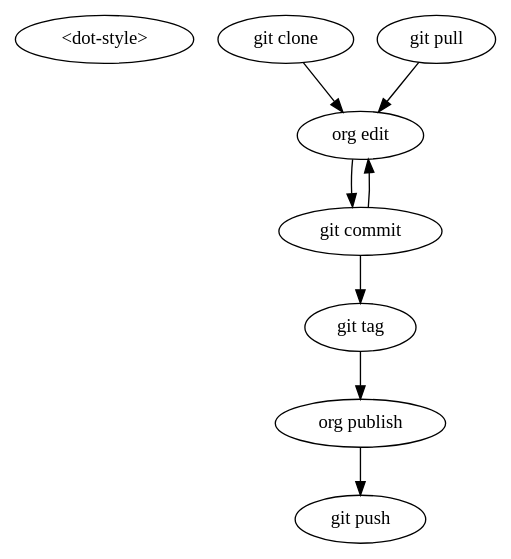
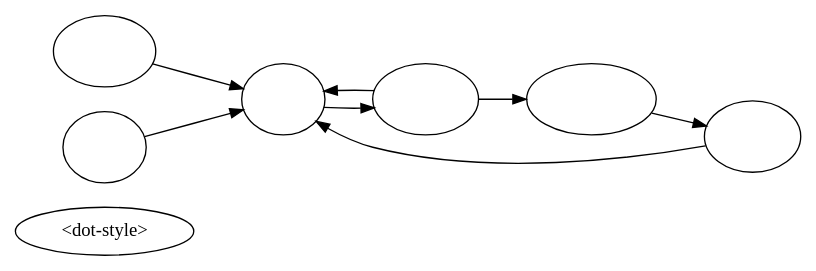
One commit to deerpig/runbooks changed the first of 2 diagrams in hb-doc-production.org. Above: the diagram before and after it, drawn with Graphviz. The commit also changed other lines of this file and 5 other files, not shown here.

```diff
--- a/hb-doc-production.org
+++ b/hb-doc-production.org
@@ -96,20 +94,22 @@
-#+BEGIN_SRC dot :noweb yes :file ./img/org-git-workflow.png :exports results
-digraph o {
+#+BEGIN_SRC dot :file ./img/org-git-workflow.png :noweb yes :exports results
+digraph h {
   <<dot-style>>
-  
-  node    [fillcolor="#8EC9E9" shape=ellipse,fontsize=14]
-  clone   [label="git clone"]
-  edit    [label="org edit"]
-  commit  [label="git commit"]
-  tag     [label="git tag"]
-  publish [label="org publish"]
-  push    [label="git push"]
-  pull    [label="git pull"]
+
+  node    [fillcolor="#56B4E9:0.5:#8EC9E9",gradientangle=60,fontcolor="#FFFFFF",shape=oval]
+  clone   [label="git\nclone"]
+  edit    [label="org\nedit"]
+  comit   [label="git\ncomit"]
+  publish [label="org\npublish"]
+  push    [label="git\npush"]
+  pull    [label="git\npull"]
+
+  rankdir=LR; 
 
   clone -> edit ; 
-  edit -> commit ;
-  commit -> edit;
-  commit -> tag -> publish -> push;
-  pull -> edit;
+  edit -> comit ;
+  comit -> edit ;
+  comit -> publish -> push ;
+  pull -> edit ;
+  push -> edit ;
 }
 #+END_SRC
```
